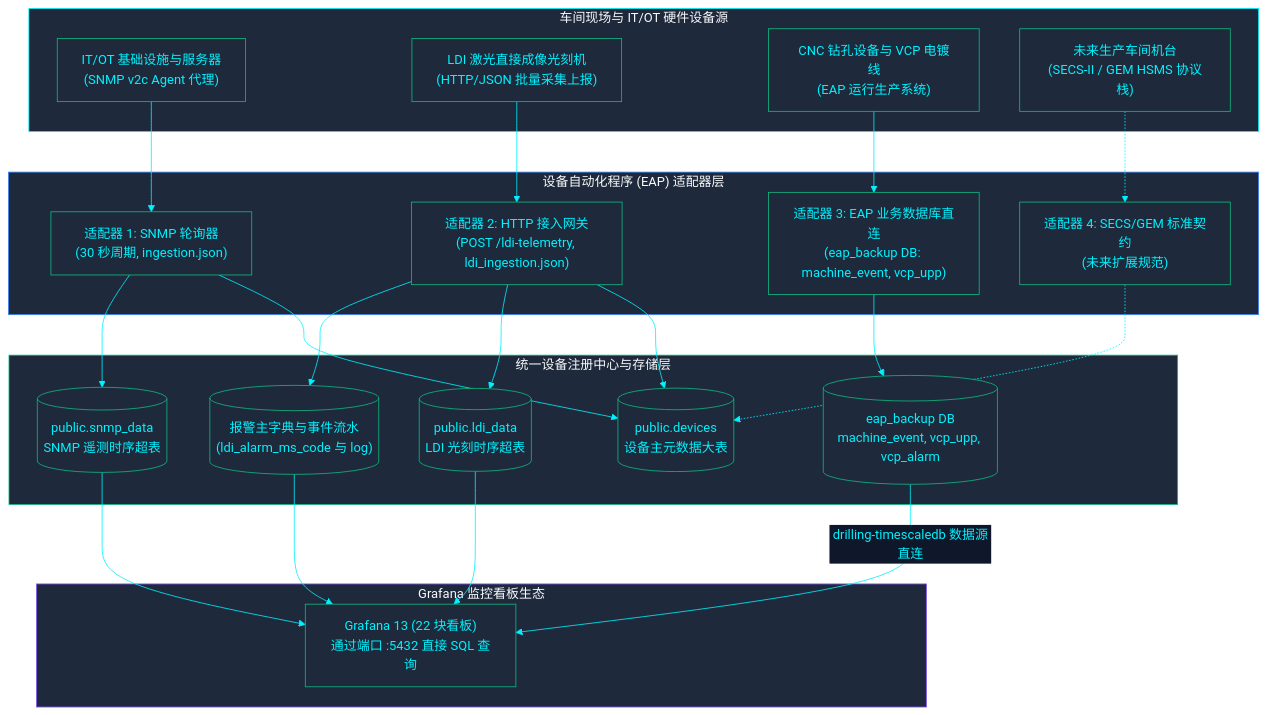
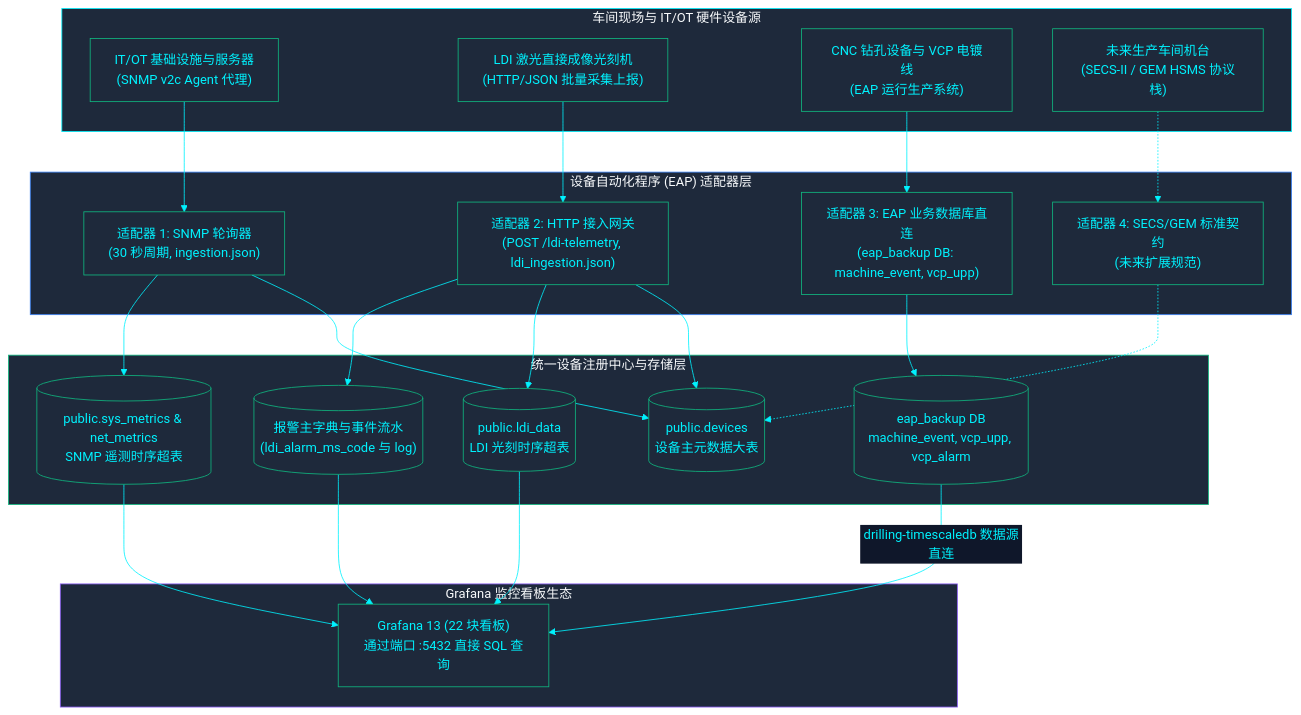
The diagram in zh-CN/docs/architecture/EAP_ARCHITECTURE.md (PATTANAKORN025/IMS), drawn with Mermaid before and after one commit. The commit also changed 19 other files, not shown here.

First line of the commit message:
docs(architecture): eliminate phantom snmp_data and align diagrams with true schema

````diff
--- a/zh-CN/docs/architecture/EAP_ARCHITECTURE.md
+++ b/zh-CN/docs/architecture/EAP_ARCHITECTURE.md
@@ -30,47 +30,47 @@
 ```mermaid
 %%{init: {'theme': 'base', 'themeVariables': { 'primaryColor': '#1e293b', 'primaryTextColor': '#00F2FE', 'primaryBorderColor': '#10B981', 'lineColor': '#00F2FE', 'secondaryColor': '#0f172a', 'tertiaryColor': '#0f172a', 'clusterBkg': '#030407', 'clusterBorder': '#00F2FE'}}}%%
 flowchart TB
   subgraph SOURCES["车间现场与 IT/OT 硬件设备源"]
     S1["IT/OT 基础设施与服务器\n(SNMP v2c Agent 代理)"]
     S2["LDI 激光直接成像光刻机\n(HTTP/JSON 批量采集上报)"]
     S3["CNC 钻孔设备与 VCP 电镀线\n(EAP 运行生产系统)"]
     S4["未来生产车间机台\n(SECS-II / GEM HSMS 协议栈)"]
   end
 
   subgraph ADAPTERS["设备自动化程序 (EAP) 适配器层"]
     A1["适配器 1: SNMP 轮询器\n(30 秒周期, ingestion.json)"]
     A2["适配器 2: HTTP 接入网关\n(POST /ldi-telemetry, ldi_ingestion.json)"]
     A3["适配器 3: EAP 业务数据库直连\n(eap_backup DB: machine_event, vcp_upp)"]
     A4["适配器 4: SECS/GEM 标准契约\n(未来扩展规范)"]
   end
 
   subgraph REGISTRY["统一设备注册中心与存储层"]
     DEV[("public.devices\n设备主元数据大表")]
-    HT_SYS[("public.snmp_data\nSNMP 遥测时序超表")]
+    HT_SYS[("public.sys_metrics & net_metrics\nSNMP 遥测时序超表")]
     HT_LDI[("public.ldi_data\nLDI 光刻时序超表")]
     EAP_DB[("eap_backup DB\nmachine_event, vcp_upp, vcp_alarm")]
     ALARM[("报警主字典与事件流水\n(ldi_alarm_ms_code 与 log)")]
   end
 
   subgraph VISUALIZATION["Grafana 监控看板生态"]
     GRAF["Grafana 13 (22 块看板)\n通过端口 :5432 直接 SQL 查询"]
   end
 
   S1 --> A1 --> DEV
   A1 --> HT_SYS
   S2 --> A2 --> DEV
   A2 --> HT_LDI
   A2 --> ALARM
   S3 --> A3 --> EAP_DB
   S4 -.-> A4 -.-> DEV
 
   HT_SYS --> GRAF
   HT_LDI --> GRAF
   EAP_DB -->|"drilling-timescaledb 数据源直连"| GRAF
   ALARM --> GRAF
 
   style SOURCES fill:#1e293b,stroke:#00F2FE,color:#f8fafc
   style ADAPTERS fill:#1e293b,stroke:#3b82f6,color:#f8fafc
   style REGISTRY fill:#1e293b,stroke:#10B981,color:#f8fafc
   style VISUALIZATION fill:#1e293b,stroke:#8B5CF6,color:#f8fafc
 ```
````
